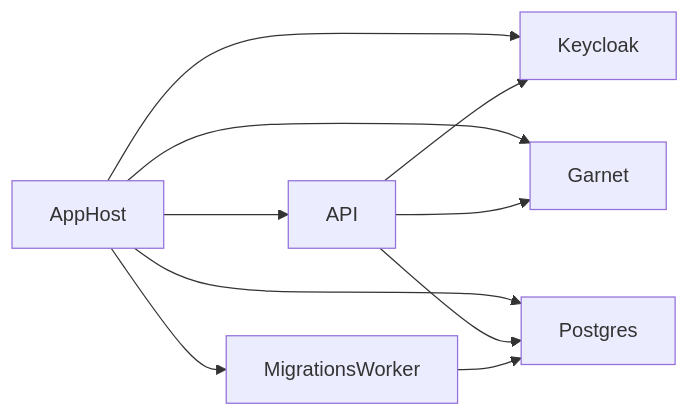
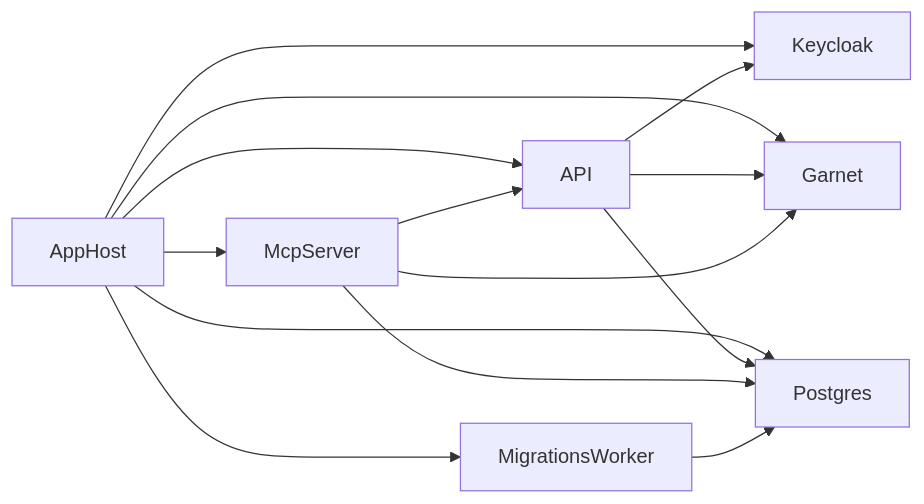
One commit to YoussefWaelMohamedLotfy/Brite-Task changed the third of 3 diagrams in README.md. Above: the diagram before and after it, drawn with Mermaid. The commit also changed other lines of this file and 7 other files, not shown here.

Commit message:
Add EM.McpServer to README.md

````diff
--- a/README.md
+++ b/README.md
@@ -207,12 +217,16 @@
 ```mermaid
 flowchart LR
     AppHost --> API
     AppHost --> MigrationsWorker
+    AppHost --> McpServer
     AppHost --> Keycloak
     AppHost --> Garnet
     AppHost --> Postgres
     API --> Keycloak
     API --> Garnet
     API --> Postgres
+    McpServer --> API
+    McpServer --> Garnet
+    McpServer --> Postgres
     MigrationsWorker --> Postgres
 ```
````
